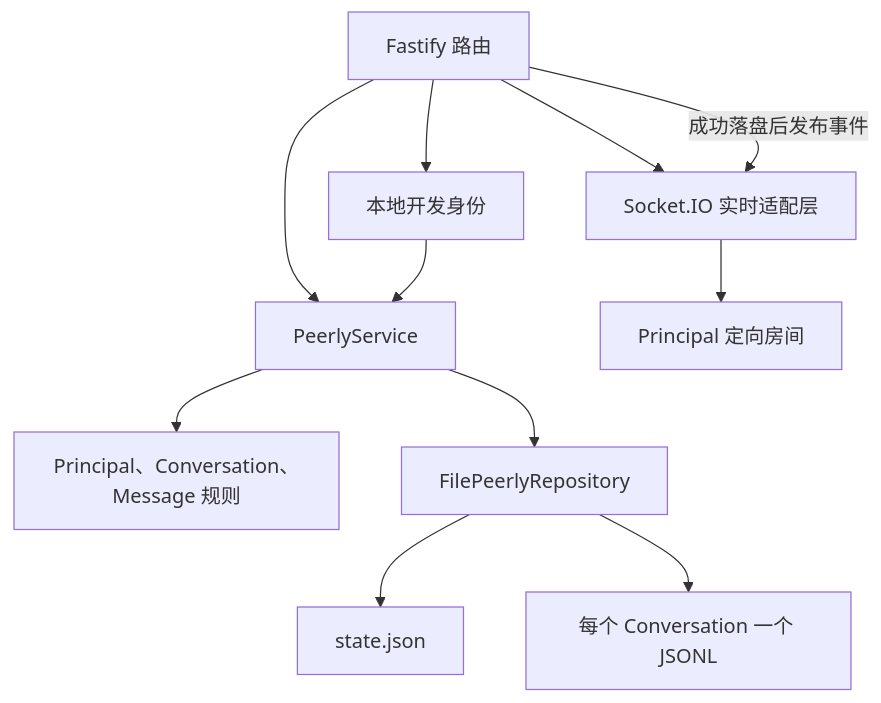
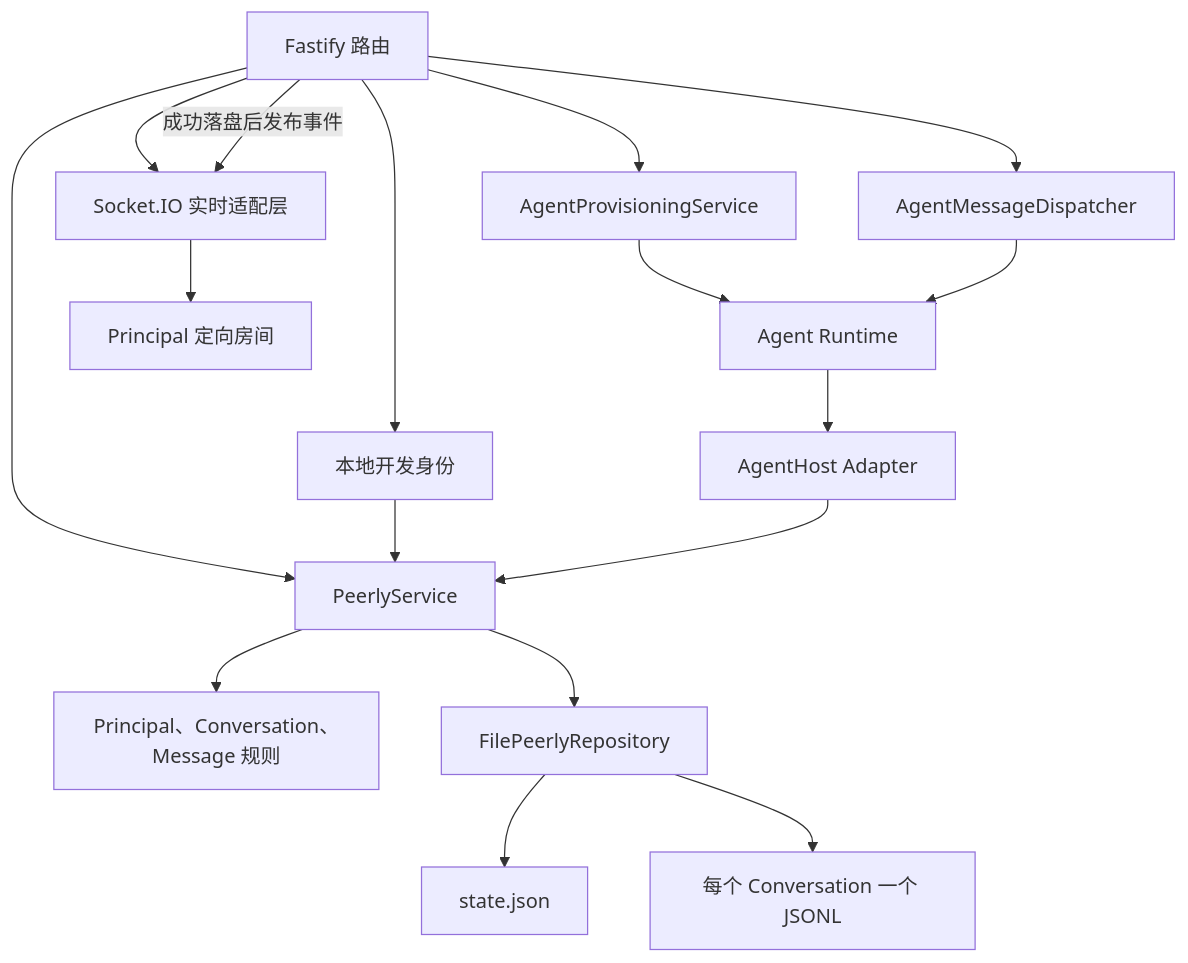
One commit to AllenLuuu/Peerly changed the second of 2 diagrams in docs/architecture.md. Above: the diagram before and after it, drawn with Mermaid. The commit also changed other lines of this file and 41 other files, not shown here.

````diff
--- a/docs/architecture.md
+++ b/docs/architecture.md
@@ -48,13 +53,19 @@
 ```mermaid
 flowchart TD
     HTTP[Fastify 路由] --> Session[本地开发身份]
     HTTP --> Service[PeerlyService]
     HTTP --> Realtime[Socket.IO 实时适配层]
+    HTTP --> Provisioning[AgentProvisioningService]
+    HTTP --> Dispatcher[AgentMessageDispatcher]
     Session --> Service
     Service --> Domain[Principal、Conversation、Message 规则]
     Service --> Repository[FilePeerlyRepository]
     Repository --> State[state.json]
     Repository --> Messages[每个 Conversation 一个 JSONL]
+    Provisioning --> Runtime[Agent Runtime]
+    Dispatcher --> Runtime
+    Runtime --> Host[AgentHost Adapter]
+    Host --> Service
     HTTP -->|成功落盘后发布事件| Realtime
     Realtime --> Rooms[Principal 定向房间]
 ```
````
